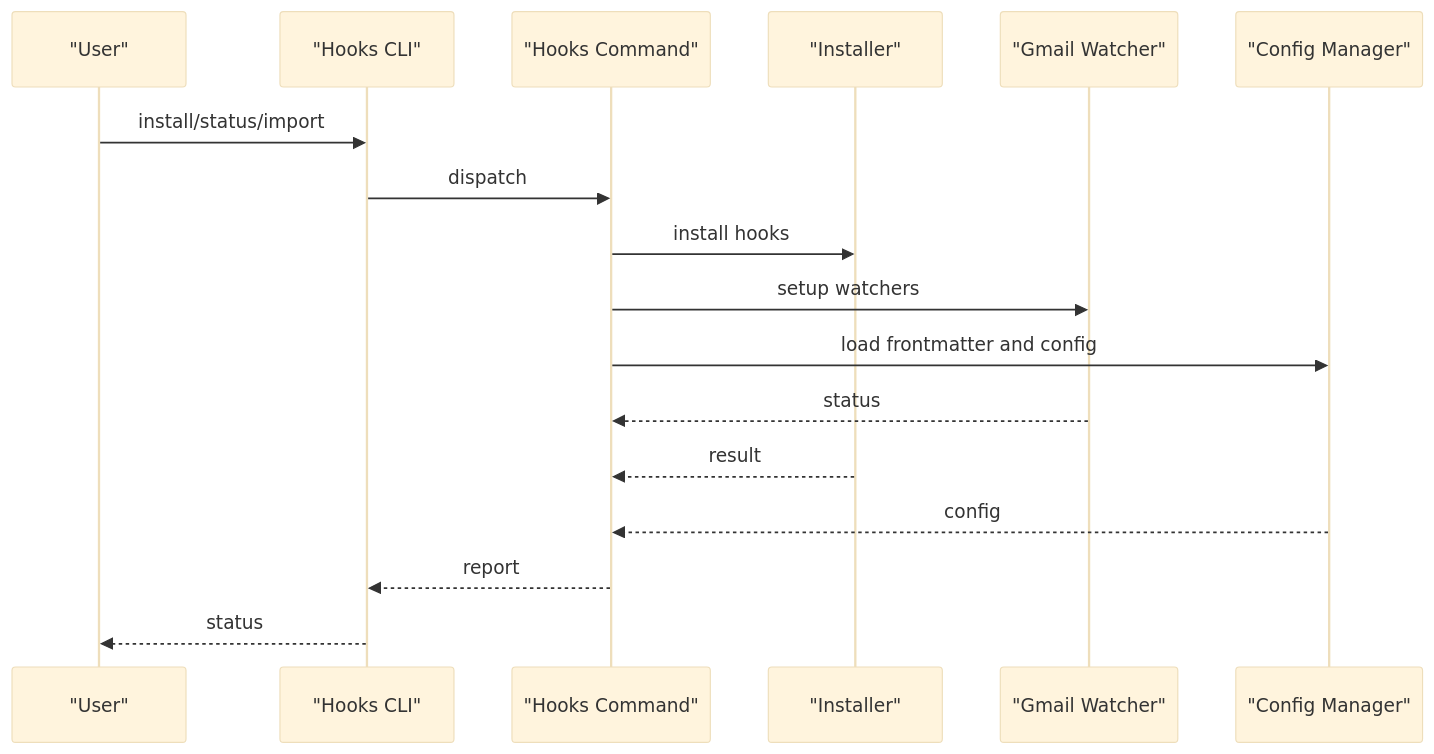
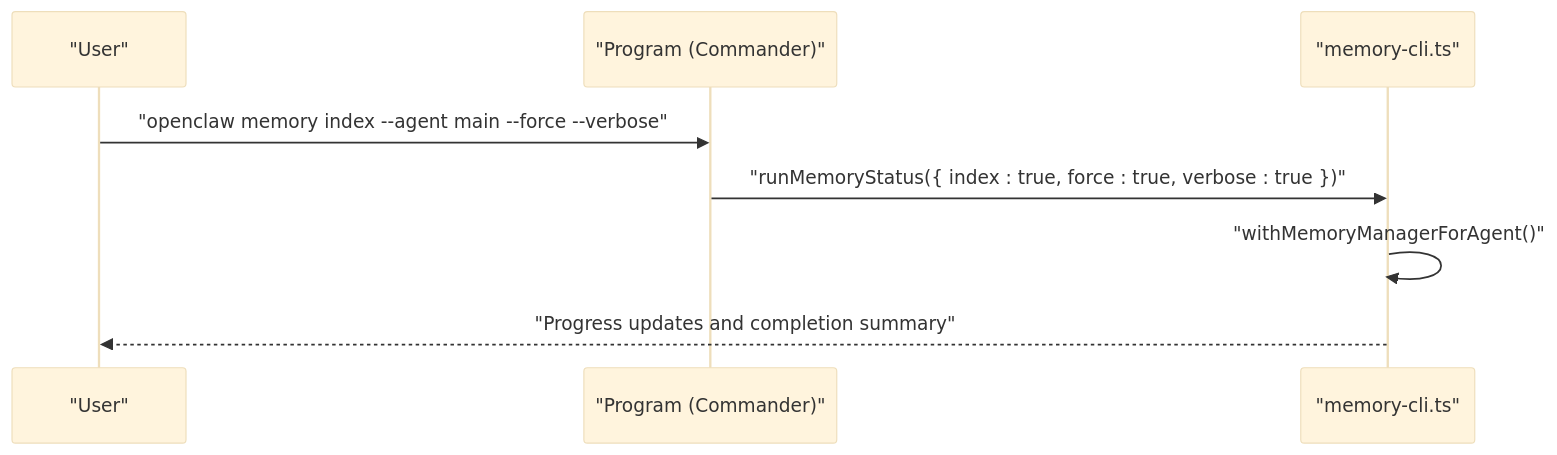
The fifth of 6 diagrams in repowiki/en/content/CLI Interface/Utility Commands.md (botx-work/OpenClaw-Internals), drawn with Mermaid (base theme) before and after one commit. The commit also changed other lines of this file and 332 other files, not shown here.

````diff
--- a/repowiki/en/content/CLI Interface/Utility Commands.md
+++ b/repowiki/en/content/CLI Interface/Utility Commands.md
@@ -372,19 +213,10 @@
 ```mermaid
 sequenceDiagram
 participant U as "User"
-participant CLI as "Hooks CLI"
-participant CMD as "Hooks Command"
-participant Inst as "Installer"
-participant GM as "Gmail Watcher"
-participant Cfg as "Config Manager"
-U->>CLI : install/status/import
-CLI->>CMD : dispatch
-CMD->>Inst : install hooks
-CMD->>GM : setup watchers
-CMD->>Cfg : load frontmatter and config
-GM-->>CMD : status
-Inst-->>CMD : result
-Cfg-->>CMD : config
-CMD-->>CLI : report
-CLI-->>U : status
+participant P as "Program (Commander)"
+participant MC as "memory-cli.ts"
+U->>P : "openclaw memory index --agent main --force --verbose"
+P->>MC : "runMemoryStatus({ index : true, force : true, verbose : true })"
+MC->>MC : "withMemoryManagerForAgent()"
+MC-->>U : "Progress updates and completion summary"
 ```
````
